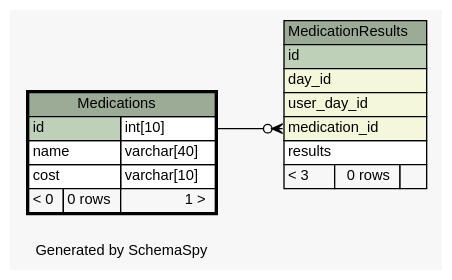
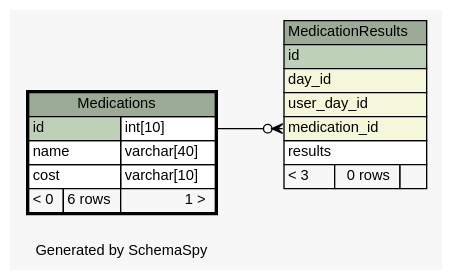
The diagram in web/files/schema/diagrams/Medications.1degree.dot (carrel2/CaseStudies), drawn with Graphviz before and after one commit. The commit also changed 228 other files, not shown here.

```diff
--- a/web/files/schema/diagrams/Medications.1degree.dot
+++ b/web/files/schema/diagrams/Medications.1degree.dot
@@ -1,49 +1,49 @@
-// dot 2.38.0 on Linux 4.4.0-67-generic
+// dot 2.38.0 on Linux 4.4.0-72-generic
 // SchemaSpy rev 590
 digraph "oneDegreeRelationshipsDiagram" {
   graph [
     rankdir="RL"
     bgcolor="#f7f7f7"
     label="\nGenerated by SchemaSpy"
     labeljust="l"
     nodesep="0.18"
     ranksep="0.46"
     fontname="Helvetica"
     fontsize="11"
   ];
   node [
     fontname="Helvetica"
     fontsize="11"
     shape="plaintext"
   ];
   edge [
     arrowsize="0.8"
   ];
   "MedicationResults":"medication_id":w -> "Medications":"id.type":e [arrowhead=none dir=back arrowtail=crowodot];
   "MedicationResults" [
     label=<
     <TABLE BORDER="0" CELLBORDER="1" CELLSPACING="0" BGCOLOR="#ffffff">
       <TR><TD COLSPAN="3" BGCOLOR="#9bab96" ALIGN="CENTER">MedicationResults</TD></TR>
       <TR><TD PORT="id" COLSPAN="3" BGCOLOR="#bed1b8" ALIGN="LEFT">id</TD></TR>
       <TR><TD PORT="day_id" COLSPAN="3" BGCOLOR="#f4f7da" ALIGN="LEFT">day_id</TD></TR>
       <TR><TD PORT="user_day_id" COLSPAN="3" BGCOLOR="#f4f7da" ALIGN="LEFT">user_day_id</TD></TR>
       <TR><TD PORT="medication_id" COLSPAN="3" BGCOLOR="#f4f7da" ALIGN="LEFT">medication_id</TD></TR>
       <TR><TD PORT="results" COLSPAN="3" ALIGN="LEFT">results</TD></TR>
       <TR><TD ALIGN="LEFT" BGCOLOR="#f7f7f7">&lt; 3</TD><TD ALIGN="RIGHT" BGCOLOR="#f7f7f7">0 rows</TD><TD ALIGN="RIGHT" BGCOLOR="#f7f7f7">  </TD></TR>
     </TABLE>>
     URL="MedicationResults.html"
     tooltip="MedicationResults"
   ];
   "Medications" [
     label=<
     <TABLE BORDER="2" CELLBORDER="1" CELLSPACING="0" BGCOLOR="#ffffff">
       <TR><TD COLSPAN="3" BGCOLOR="#9bab96" ALIGN="CENTER">Medications</TD></TR>
       <TR><TD PORT="id" COLSPAN="2" BGCOLOR="#bed1b8" ALIGN="LEFT">id</TD><TD PORT="id.type" ALIGN="LEFT">int[10]</TD></TR>
       <TR><TD PORT="name" COLSPAN="2" ALIGN="LEFT">name</TD><TD PORT="name.type" ALIGN="LEFT">varchar[40]</TD></TR>
       <TR><TD PORT="cost" COLSPAN="2" ALIGN="LEFT">cost</TD><TD PORT="cost.type" ALIGN="LEFT">varchar[10]</TD></TR>
-      <TR><TD ALIGN="LEFT" BGCOLOR="#f7f7f7">&lt; 0</TD><TD ALIGN="RIGHT" BGCOLOR="#f7f7f7">0 rows</TD><TD ALIGN="RIGHT" BGCOLOR="#f7f7f7">1 &gt;</TD></TR>
+      <TR><TD ALIGN="LEFT" BGCOLOR="#f7f7f7">&lt; 0</TD><TD ALIGN="RIGHT" BGCOLOR="#f7f7f7">6 rows</TD><TD ALIGN="RIGHT" BGCOLOR="#f7f7f7">1 &gt;</TD></TR>
     </TABLE>>
     URL="Medications.html"
     tooltip="Medications"
   ];
 }
```
